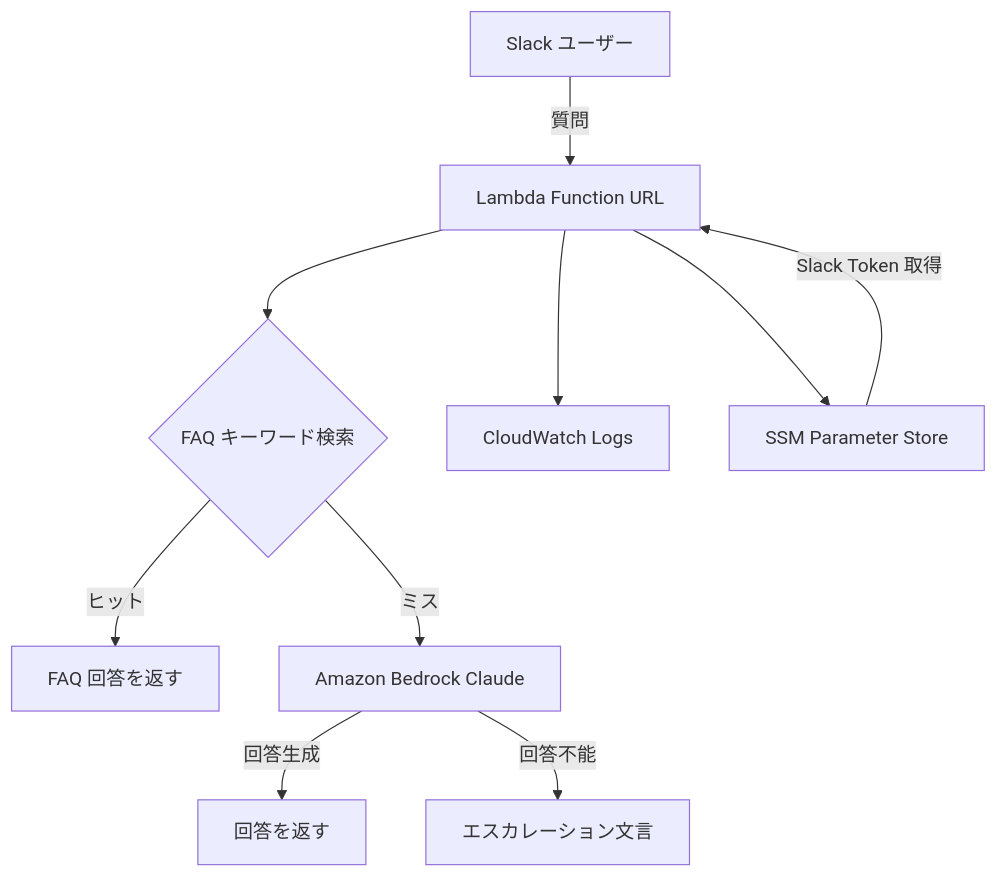
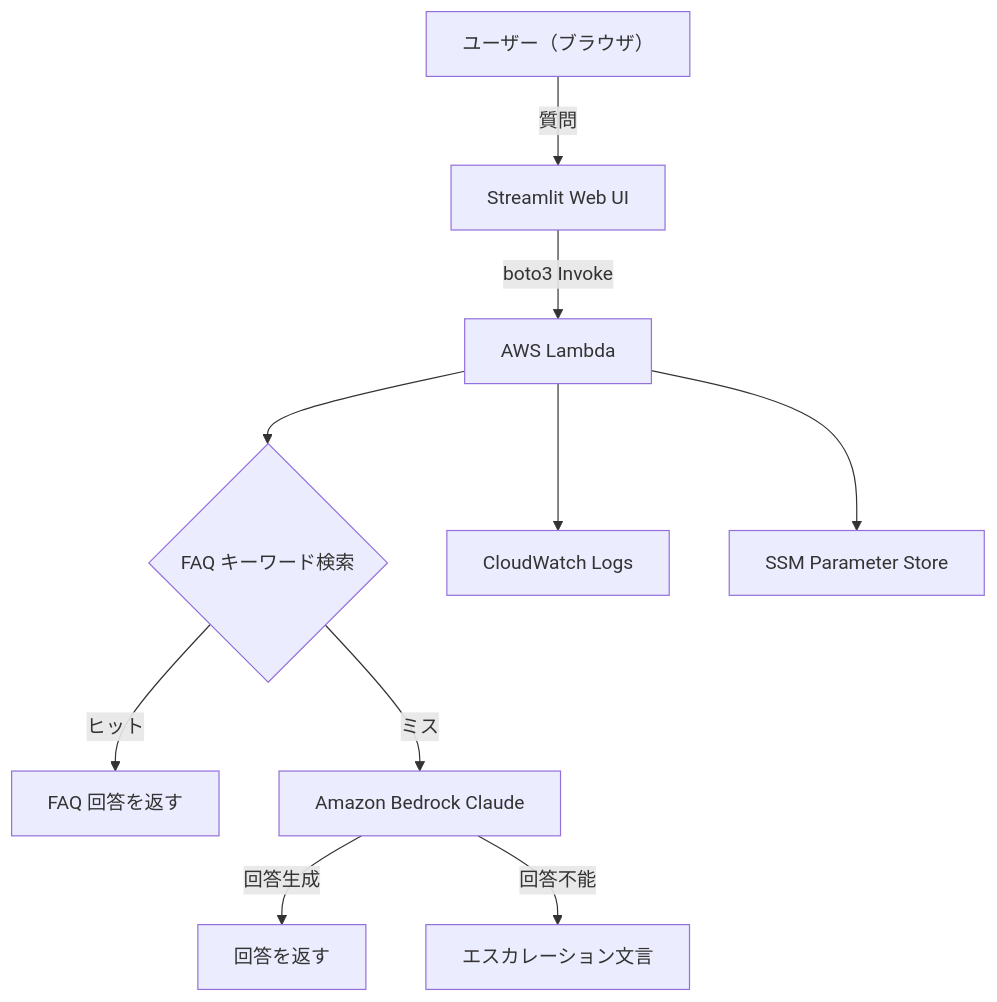
The diagram in README.md (satoshif1977/aws-bedrock-agent), drawn with Mermaid before and after one commit. The commit also changed other lines of this file and 5 other files, not shown here.

First line of the commit message:
feat: Streamlit Web UI を追加し、Web ベースのデモ環境を構築

````diff
--- a/README.md
+++ b/README.md
@@ -25,12 +29,12 @@
 ```mermaid
 graph TD
-    A[Slack ユーザー] -->|質問| B[Lambda Function URL]
-    B --> C{FAQ キーワード検索}
-    C -->|ヒット| D[FAQ 回答を返す]
-    C -->|ミス| E[Amazon Bedrock Claude]
-    E -->|回答生成| F[回答を返す]
-    E -->|回答不能| G[エスカレーション文言]
-    B --> H[CloudWatch Logs]
-    B --> I[SSM Parameter Store]
-    I -->|Slack Token 取得| B
+    A[ユーザー（ブラウザ）] -->|質問| B[Streamlit Web UI]
+    B -->|boto3 Invoke| C[AWS Lambda]
+    C --> D{FAQ キーワード検索}
+    D -->|ヒット| E[FAQ 回答を返す]
+    D -->|ミス| F[Amazon Bedrock Claude]
+    F -->|回答生成| G[回答を返す]
+    F -->|回答不能| H[エスカレーション文言]
+    C --> I[CloudWatch Logs]
+    C --> J[SSM Parameter Store]
 ```
````
